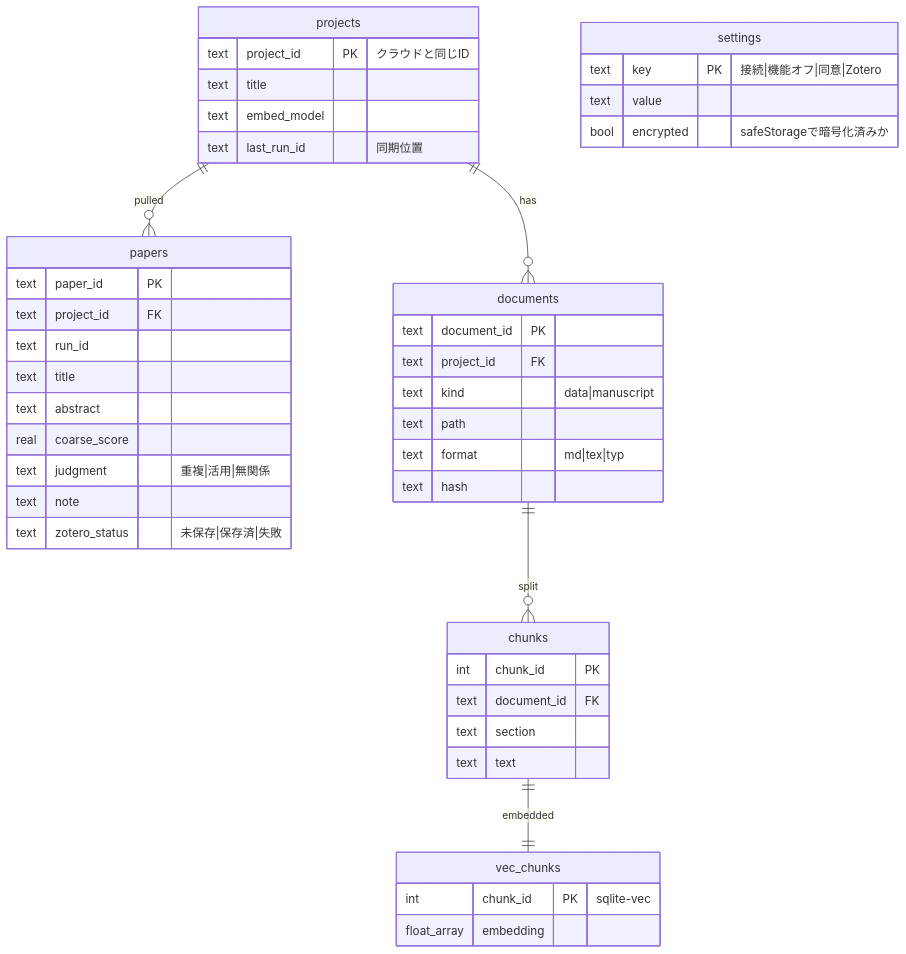
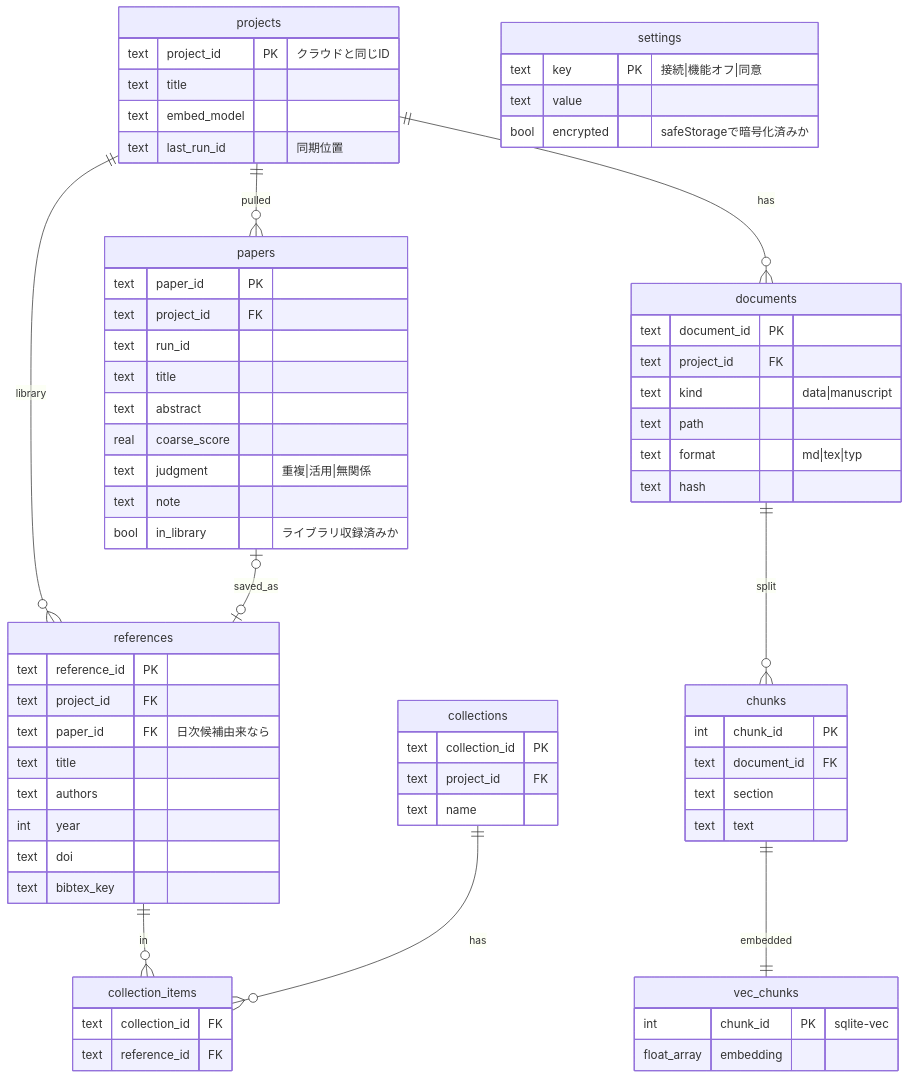
One commit to uzak0209/AI-Research changed the second of 2 diagrams in docs/er-diagram.md. Above: the diagram before and after it, drawn with Mermaid. The commit also changed other lines of this file and 7 other files, not shown here.

````diff
--- a/docs/er-diagram.md
+++ b/docs/er-diagram.md
@@ -69,48 +72,71 @@
 ```mermaid
 erDiagram
     projects ||--o{ papers : pulled
     projects ||--o{ documents : has
+    projects ||--o{ references : library
+    papers |o--o| references : saved_as
+    references ||--o{ collection_items : in
+    collections ||--o{ collection_items : has
     documents ||--o{ chunks : split
     chunks ||--|| vec_chunks : embedded
 
     projects {
         text project_id PK "クラウドと同じID"
         text title
         text embed_model
         text last_run_id "同期位置"
     }
     papers {
         text paper_id PK
         text project_id FK
         text run_id
         text title
         text abstract
         real coarse_score
         text judgment "重複|活用|無関係"
         text note
-        text zotero_status "未保存|保存済|失敗"
+        bool in_library "ライブラリ収録済みか"
+    }
+    references {
+        text reference_id PK
+        text project_id FK
+        text paper_id FK "日次候補由来なら"
+        text title
+        text authors
+        int year
+        text doi
+        text bibtex_key
+    }
+    collections {
+        text collection_id PK
+        text project_id FK
+        text name
+    }
+    collection_items {
+        text collection_id FK
+        text reference_id FK
     }
     documents {
         text document_id PK
         text project_id FK
         text kind "data|manuscript"
         text path
         text format "md|tex|typ"
         text hash
     }
     chunks {
         int chunk_id PK
         text document_id FK
         text section
         text text
     }
     vec_chunks {
         int chunk_id PK "sqlite-vec"
         float_array embedding
     }
     settings {
-        text key PK "接続|機能オフ|同意|Zotero"
+        text key PK "接続|機能オフ|同意"
         text value
         bool encrypted "safeStorageで暗号化済みか"
     }
 ```
````
